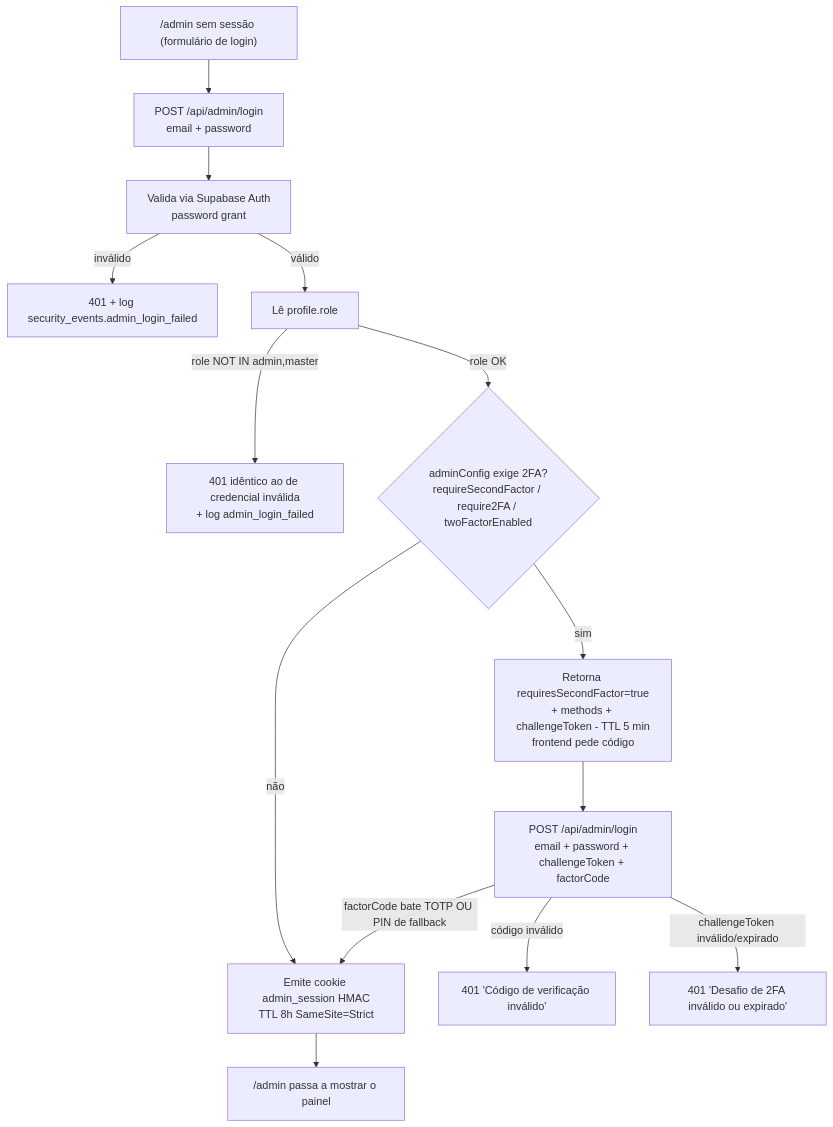
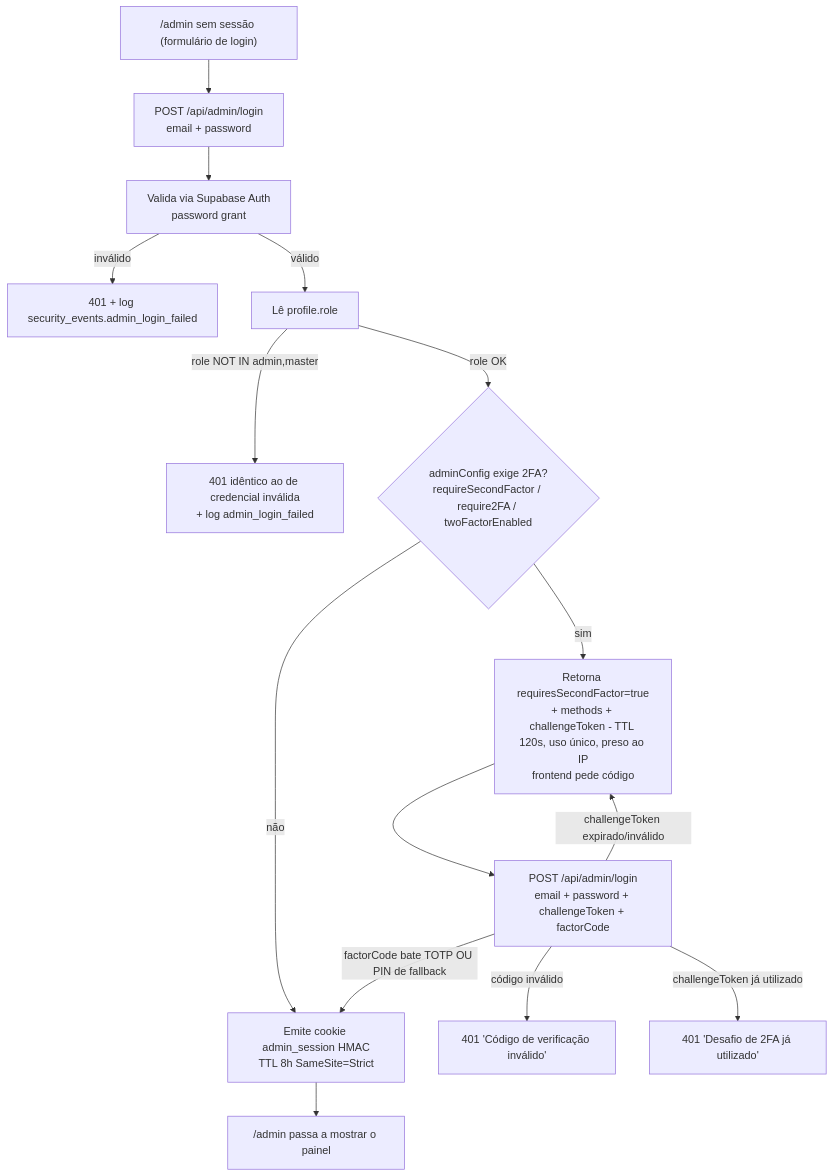
Before and after one commit to JoaoLuisC/Atelie-escolar: the fourth of 10 diagrams in docs/ProjectDocs/05-FLUXOS.md, drawn with Mermaid. The commit also changed other lines of this file and 24 other files, not shown here.

````diff
--- a/docs/ProjectDocs/05-FLUXOS.md
+++ b/docs/ProjectDocs/05-FLUXOS.md
@@ -116,18 +116,19 @@
 ```mermaid
 flowchart TD
     A["/admin sem sessão (formulário de login)"] --> B[POST /api/admin/login<br/>email + password]
     B --> C[Valida via Supabase Auth<br/>password grant]
     C -->|inválido| C1[401 + log security_events.admin_login_failed]
     C -->|válido| D[Lê profile.role]
     D -->|role NOT IN admin,master| D1[401 idêntico ao de credencial inválida<br/>+ log admin_login_failed]
     D -->|role OK| E{adminConfig exige 2FA?<br/>requireSecondFactor / require2FA / twoFactorEnabled}
 
     E -->|não| F[Emite cookie admin_session HMAC<br/>TTL 8h SameSite=Strict]
     F --> Z["/admin passa a mostrar o painel"]
 
-    E -->|sim| G[Retorna requiresSecondFactor=true<br/>+ methods + challengeToken - TTL 5 min<br/>frontend pede código]
+    E -->|sim| G[Retorna requiresSecondFactor=true<br/>+ methods + challengeToken - TTL 120s, uso único, preso ao IP<br/>frontend pede código]
     G --> H[POST /api/admin/login<br/>email + password + challengeToken + factorCode]
     H -->|factorCode bate TOTP OU PIN de fallback| F
     H -->|código inválido| I1[401 'Código de verificação inválido']
-    H -->|challengeToken inválido/expirado| I2[401 'Desafio de 2FA inválido ou expirado']
+    H -->|challengeToken expirado/inválido| G
+    H -->|challengeToken já utilizado| I2[401 'Desafio de 2FA já utilizado']
 ```
````
